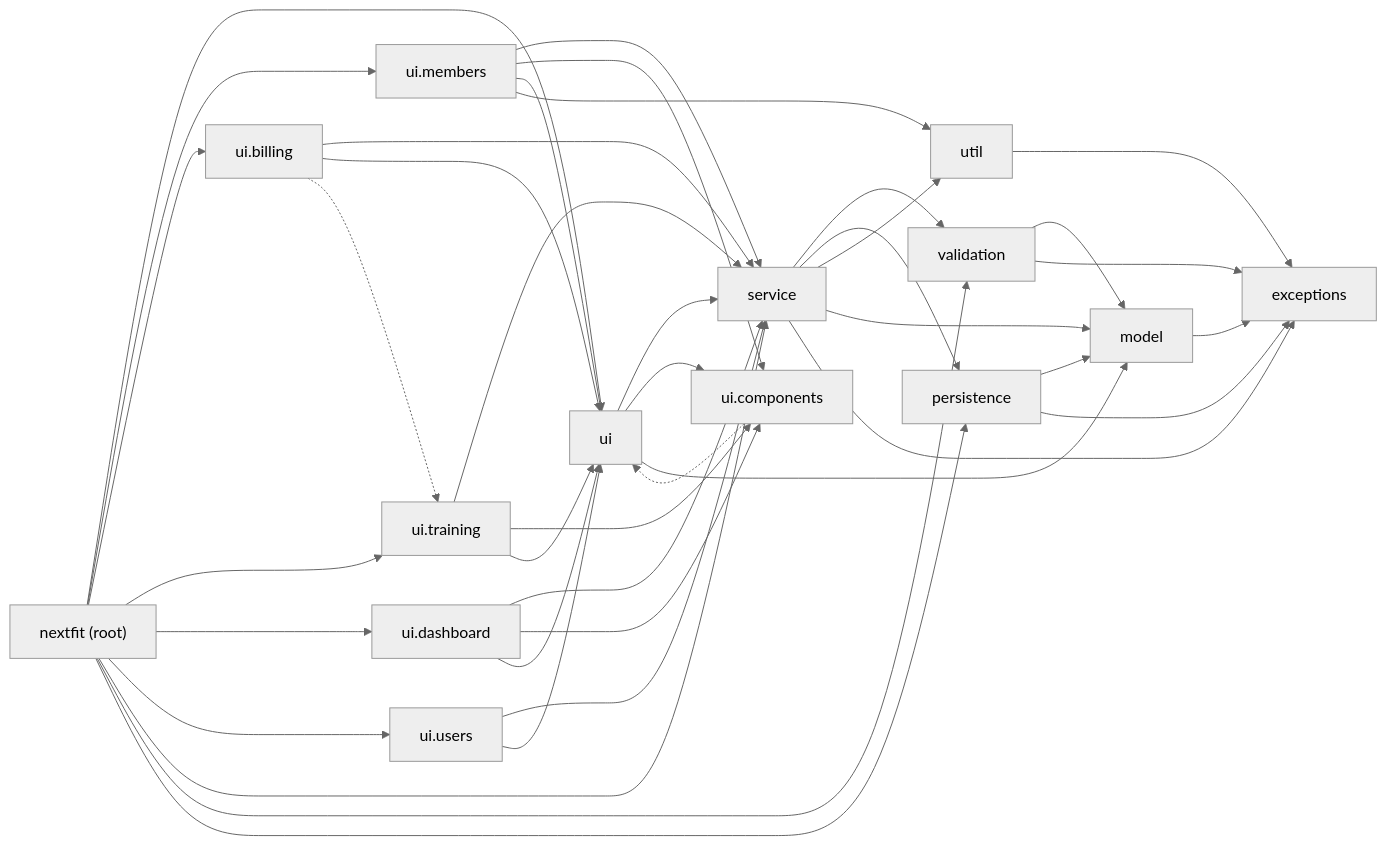
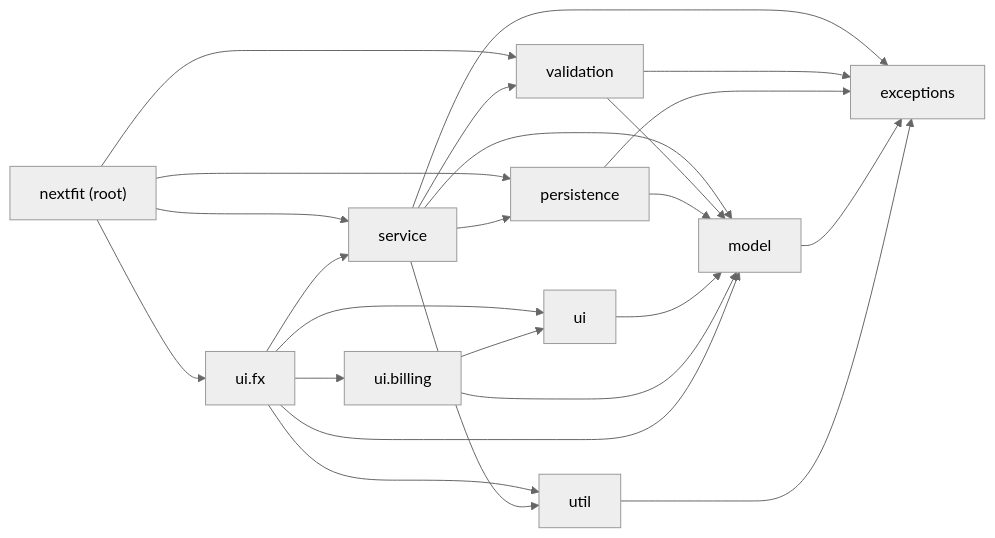
One commit to Deliner2501/NextFit changed the second of 2 diagrams in docs/layers-diagram.md. Above: the diagram before and after it, drawn with Mermaid (neutral theme). The commit also changed other lines of this file and 62 other files, not shown here.

````diff
--- a/docs/layers-diagram.md
+++ b/docs/layers-diagram.md
@@ -87,30 +68,21 @@
 ```mermaid
 graph LR
     root["nextfit (root)"]
+    fx["ui.fx"]
     ui
-    comp["ui.components"]
-    members["ui.members"]
     billing["ui.billing"]
-    training["ui.training"]
-    dashboard["ui.dashboard"]
-    users["ui.users"]
     service
     validation
     persistence
     model
     exceptions
     util
 
-    root --> ui & members & billing & training & dashboard & users
-    root --> service & validation & persistence
-    ui & members & billing & training & dashboard & users --> service
-    ui & members & training & dashboard --> comp
-    members & billing & training & dashboard & users --> ui
+    root --> fx & service & validation & persistence
+    fx --> service & ui & billing & util
+    billing --> ui
     service --> validation & persistence & util
-    service & validation & persistence & ui --> model
-    members --> util
+    service & validation & persistence & ui & billing & fx --> model
     service & validation & persistence & model --> exceptions
     util --> exceptions
-    comp -.-> ui
-    billing -.-> training
 ```
````
